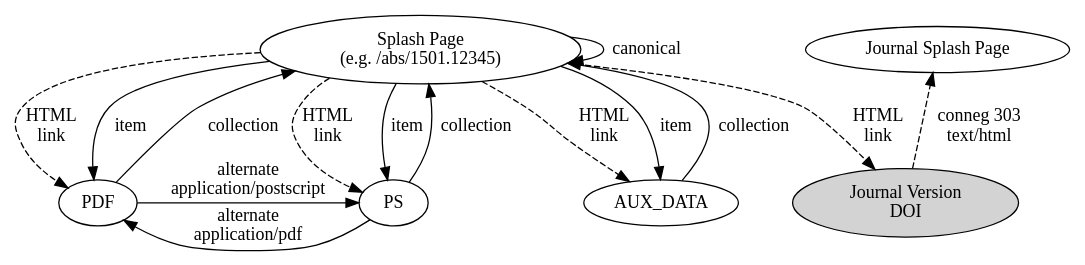
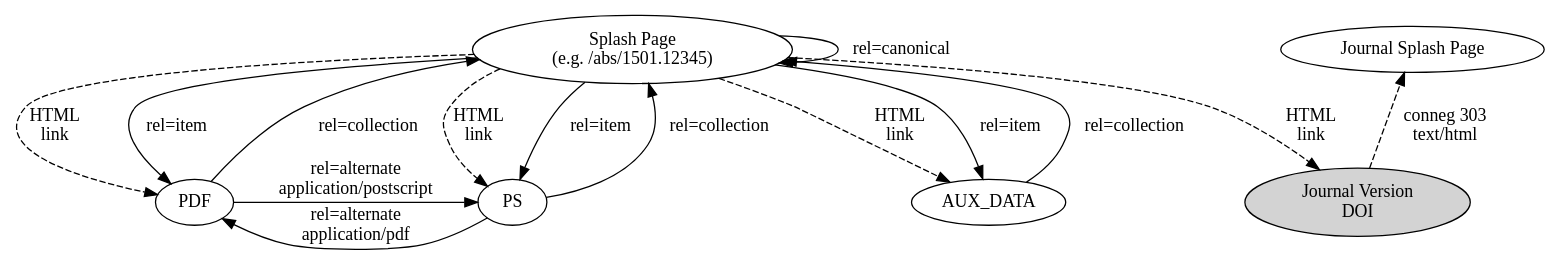
One commit to zimeon/signposting changed the diagram in arxiv_no_item.dot. Above: the diagram before and after it, drawn with Graphviz. The commit also changed 11 other files, not shown here.

Commit message:
Improve link/graph formatting

```diff
--- a/arxiv_no_item.dot
+++ b/arxiv_no_item.dot
@@ -1,20 +1,21 @@
 digraph ARXIV_NO_ITEM {
+  nodesep=0.5
   "Splash Page" [ label="Splash Page\n(e.g. /abs/1501.12345)" ]
   "Splash Page" -> PDF  [ style=dashed, label="HTML\nlink" ]
   "Splash Page" -> PS  [ style=dashed, label="HTML\nlink" ]
   "Splash Page" -> AUX_DATA  [ style=dashed, label="HTML\nlink" ]
-  "Splash Page" -> "Splash Page" [ label="canonical" ]
+  "Splash Page" -> "Splash Page" [ label="rel=canonical" ]
   "Splash Page" -> "Journal Version\nDOI" [ style=dashed label="HTML\nlink" ]
-  "Splash Page" -> PDF  [ label="item" ]
-  "Splash Page" -> PS  [ label="item" ]
-  "Splash Page" -> AUX_DATA  [ label="item" ]
-  "PDF" -> "Splash Page" [ label="collection" ]
-  "PS" -> "Splash Page" [ label="collection" ]
-  "AUX_DATA" -> "Splash Page" [ label="collection" ]
-  "PDF" -> "PS" [ label="alternate\napplication/postscript" ]
-  "PS" -> "PDF" [ label="alternate\napplication/pdf" ]
+  "Splash Page" -> PDF  [ label="rel=item" ]
+  "Splash Page" -> PS  [ label="rel=item" ]
+  "Splash Page" -> AUX_DATA  [ label="rel=item" ]
+  "PDF" -> "Splash Page" [ label="rel=collection" ]
+  "PS" -> "Splash Page" [ label="rel=collection" ]
+  "AUX_DATA" -> "Splash Page" [ label="rel=collection" ]
+  "PDF" -> "PS" [ label="rel=alternate\napplication/postscript" ]
+  "PS" -> "PDF" [ label="rel=alternate\napplication/pdf" ]
   "Journal Version\nDOI" -> "Journal Splash Page" [ style=dashed, label="conneg 303\ntext/html" ]
   "Journal Version\nDOI" [ style=filled rank=min]
   { rank = "same" {"Splash Page" "Journal Splash Page"} }
   { rank = "same" {PDF PS AUX_DATA} }
 }
```
